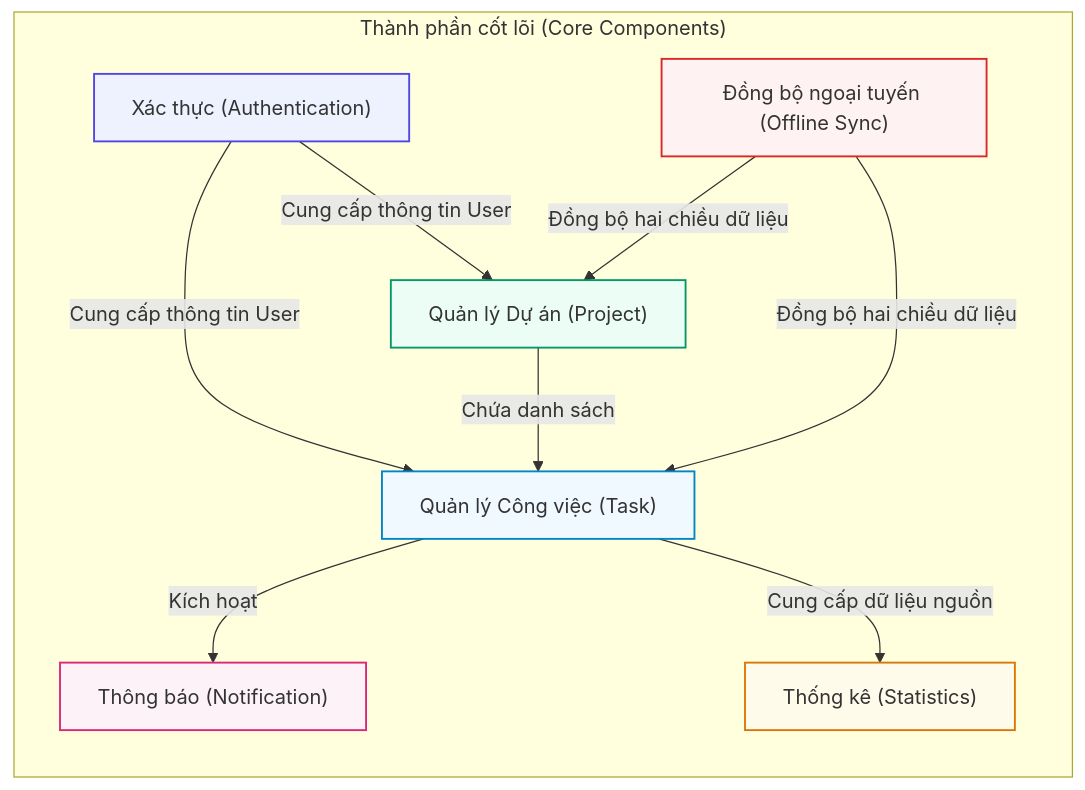
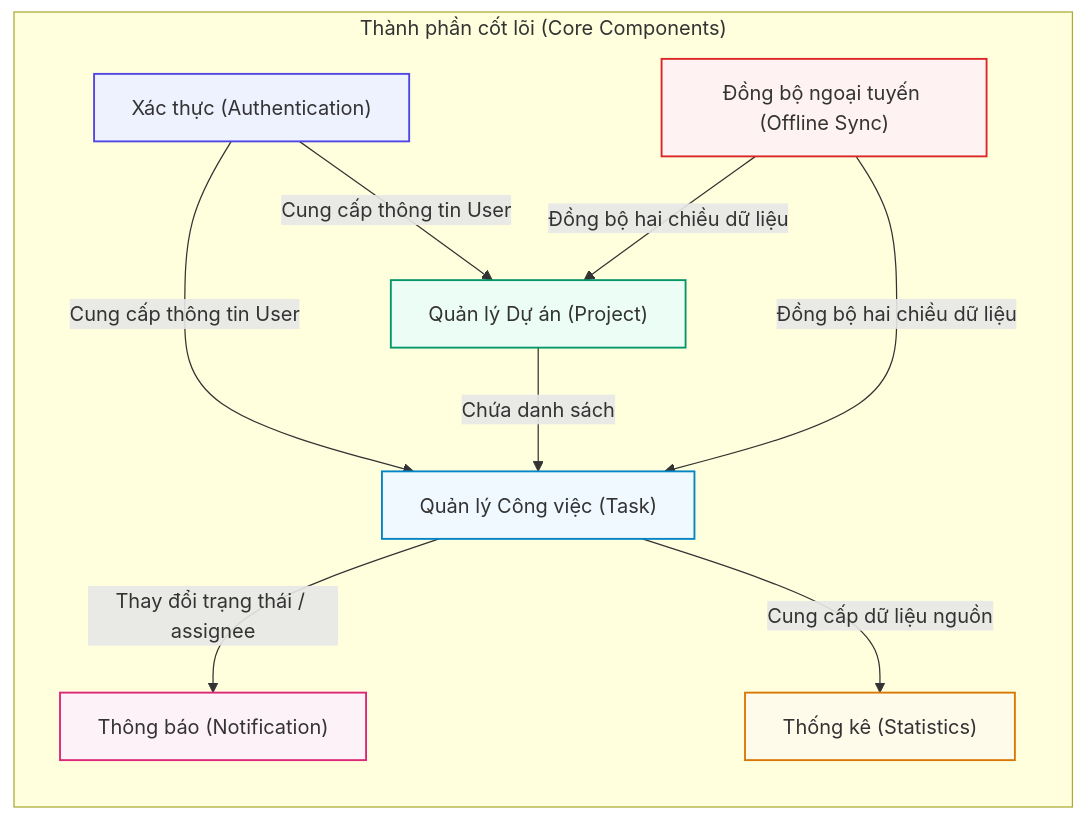
One commit to ttt-huong/TaskFlow_Huong_Thuong_Cuong_N03_1_2026 changed the sixth of 12 diagrams in docs/TaskFlow_Diagrams.md. Above: the diagram before and after it, drawn with Mermaid. The commit also changed other lines of this file, not shown here.

Commit message:
docs: add ERD SQLite, ERD Firestore, Data Dictionary, and Offline Sync diagrams

````diff
--- a/docs/TaskFlow_Diagrams.md
+++ b/docs/TaskFlow_Diagrams.md
@@ -264,26 +282,26 @@
 ```mermaid
 flowchart LR
     subgraph CoreComponents ["Thành phần cốt lõi (Core Components)"]
         Auth["Xác thực (Authentication)"]
         Project["Quản lý Dự án (Project)"]
         Task["Quản lý Công việc (Task)"]
         Notify["Thông báo (Notification)"]
         Stats["Thống kê (Statistics)"]
         OfflineSync["Đồng bộ ngoại tuyến (Offline Sync)"]
     end
 
     Auth --> |Cung cấp thông tin User| Project
     Auth --> |Cung cấp thông tin User| Task
     Project --> |Chứa danh sách| Task
-    Task --> |Kích hoạt| Notify
+    Task --> |Thay đổi trạng thái / assignee| Notify
     Task --> |Cung cấp dữ liệu nguồn| Stats
     OfflineSync --> |Đồng bộ hai chiều dữ liệu| Project
     OfflineSync --> |Đồng bộ hai chiều dữ liệu| Task
 
     style Auth fill:#eef2ff,stroke:#4f46e5,stroke-width:1.5px
     style Project fill:#ecfdf5,stroke:#059669,stroke-width:1.5px
     style Task fill:#f0f9ff,stroke:#0284c7,stroke-width:1.5px
     style Notify fill:#fdf2f8,stroke:#db2777,stroke-width:1.5px
     style Stats fill:#fffbeb,stroke:#d97706,stroke-width:1.5px
     style OfflineSync fill:#fef2f2,stroke:#dc2626,stroke-width:1.5px
 ```
````
